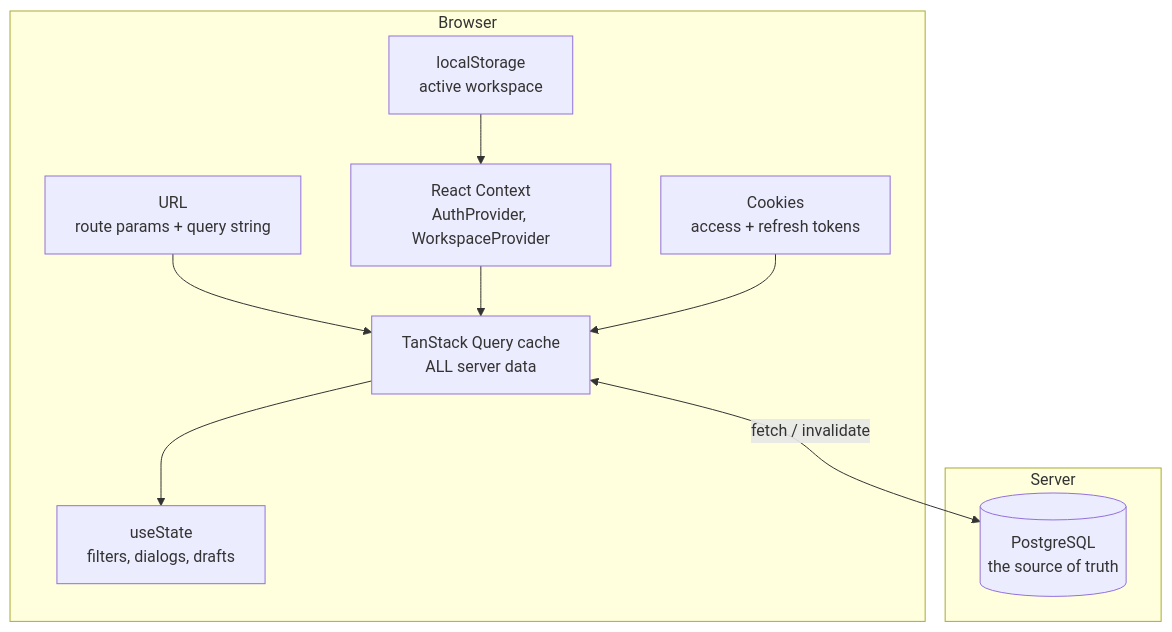
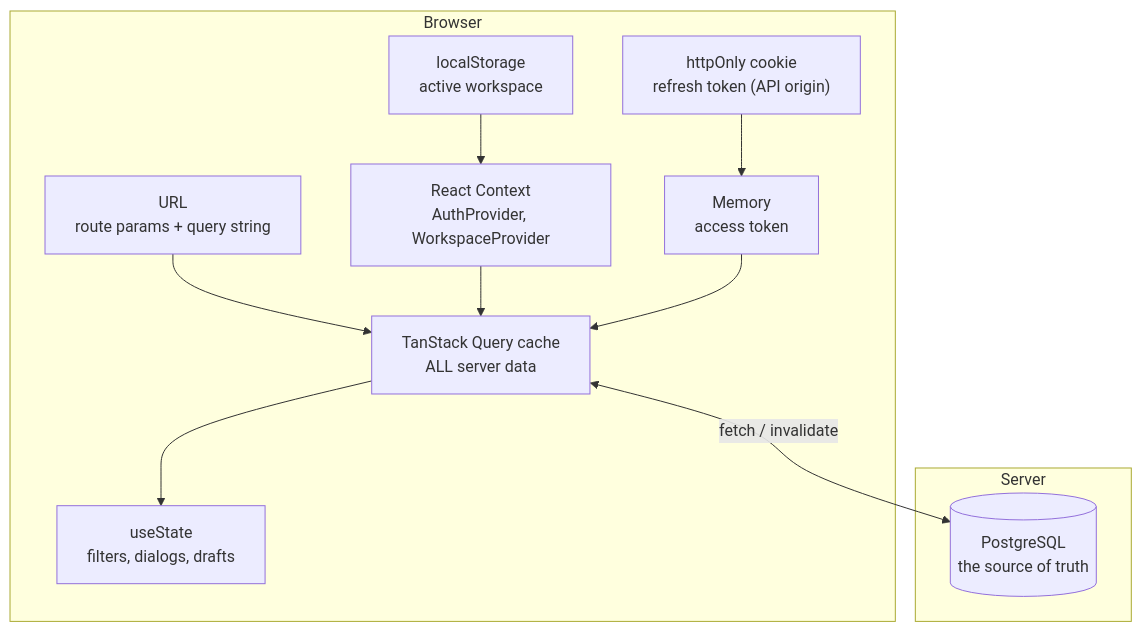
One commit to Dhruwvaviya999/nexora changed the diagram in docs/16-state-management.md. Above: the diagram before and after it, drawn with Mermaid. The commit also changed other lines of this file and 66 other files, not shown here.

````diff
--- a/docs/16-state-management.md
+++ b/docs/16-state-management.md
@@ -12,22 +12,24 @@
 ```mermaid
 flowchart TD
     subgraph Browser
         LS["localStorage<br/>active workspace"]
-        CK["Cookies<br/>access + refresh tokens"]
+        CK["httpOnly cookie<br/>refresh token (API origin)"]
+        MEM["Memory<br/>access token"]
         RQ["TanStack Query cache<br/>ALL server data"]
         CTX["React Context<br/>AuthProvider, WorkspaceProvider"]
         LOCAL["useState<br/>filters, dialogs, drafts"]
         URL["URL<br/>route params + query string"]
     end
 
     subgraph Server
         PG[("PostgreSQL<br/>the source of truth")]
     end
 
     URL --> RQ
     CTX --> RQ
-    CK --> RQ
+    MEM --> RQ
+    CK --> MEM
     LS --> CTX
     RQ <-->|"fetch / invalidate"| PG
     RQ --> LOCAL
 ```
````
